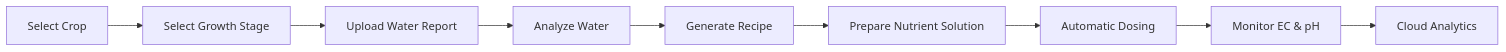
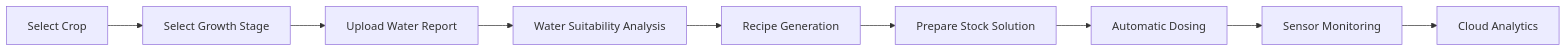
One commit to SUDEEPMULLAGURI/Hydroponics-nutrition-dosing-system- changed the second of 11 diagrams in README.MD. Above: the diagram before and after it, drawn with Mermaid. The commit also changed other lines of this file, not shown here.

````diff
--- a/README.MD
+++ b/README.MD
@@ -183,37 +131,22 @@
 ```mermaid
 flowchart LR
 
 A[Select Crop]
+B[Select Growth Stage]
+C[Upload Water Report]
+D[Water Suitability Analysis]
+E[Recipe Generation]
+F[Prepare Stock Solution]
+G[Automatic Dosing]
+H[Sensor Monitoring]
+I[Cloud Analytics]
 
--->
-
-B[Select Growth Stage]
-
--->
-
-C[Upload Water Report]
-
--->
-
-D[Analyze Water]
-
--->
-
-E[Generate Recipe]
-
--->
-
-F[Prepare Nutrient Solution]
-
--->
-
-G[Automatic Dosing]
-
--->
-
-H[Monitor EC & pH]
-
--->
-
-I[Cloud Analytics]
+A --> B
+B --> C
+C --> D
+D --> E
+E --> F
+F --> G
+G --> H
+H --> I
 ```
````
